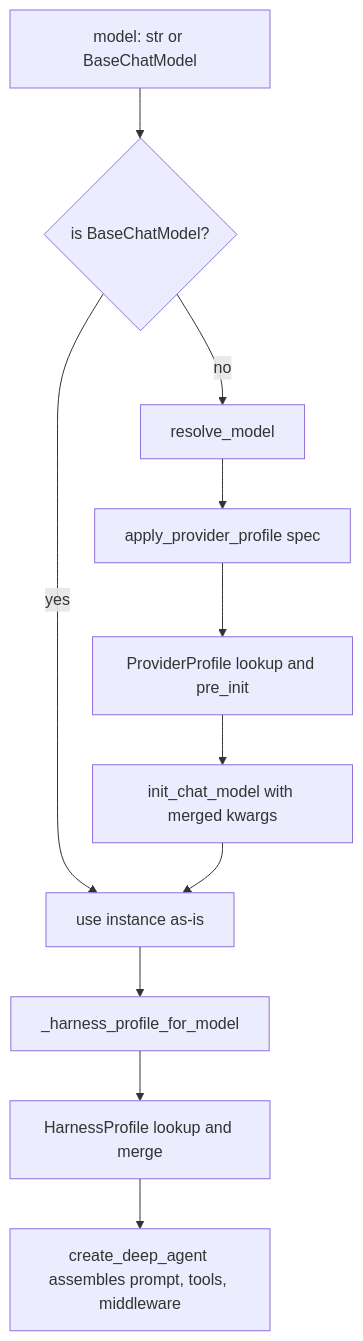
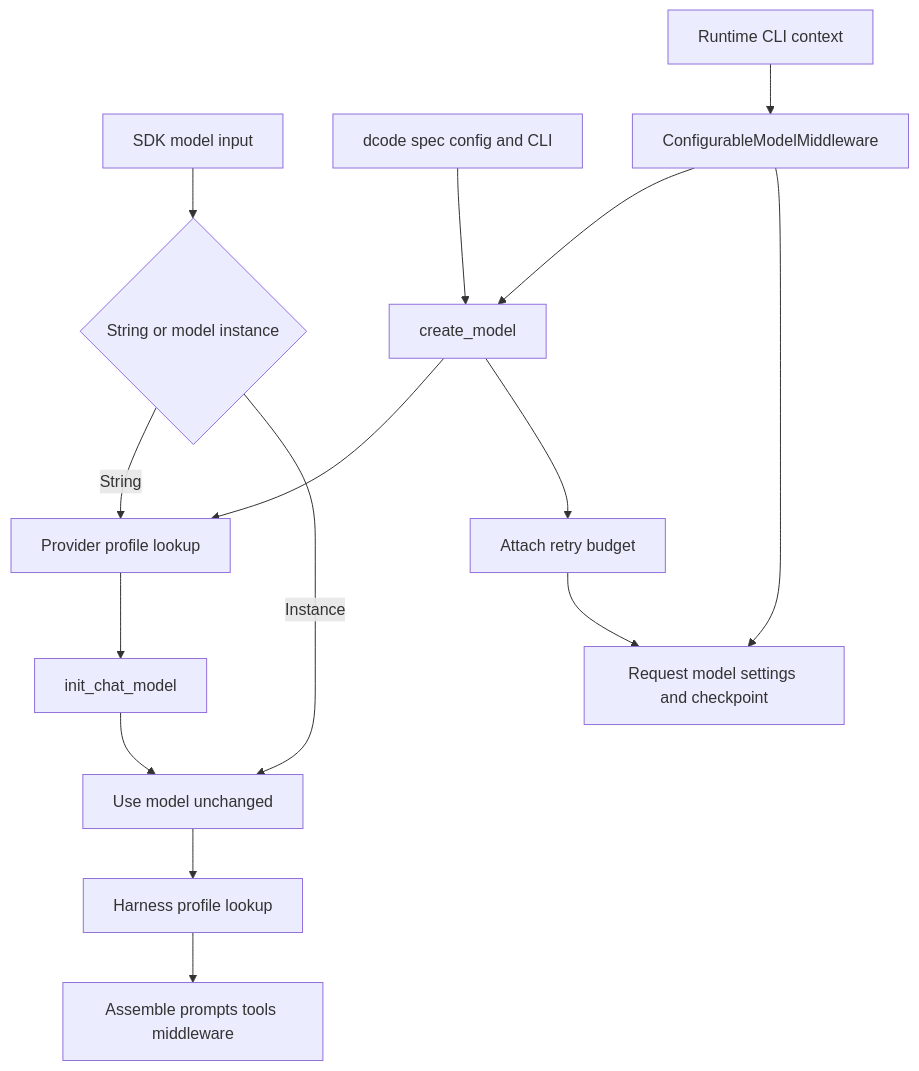
One commit to langchain-ai/deepagents changed the diagram in openwiki/concepts/profiles-models.md. Above: the diagram before and after it, drawn with Mermaid. The commit also changed other lines of this file and 136 other files, not shown here.

````diff
--- a/openwiki/concepts/profiles-models.md
+++ b/openwiki/concepts/profiles-models.md
@@ -66,13 +45,17 @@
 ```mermaid
 flowchart TD
-    A["model: str or BaseChatModel"] --> B{"is BaseChatModel?"}
-    B -->|yes| D["use instance as-is"]
-    B -->|no| C["resolve_model"]
-    C --> E["apply_provider_profile spec"]
-    E --> F["ProviderProfile lookup and pre_init"]
-    F --> G["init_chat_model with merged kwargs"]
-    G --> D
-    D --> H["_harness_profile_for_model"]
-    H --> I["HarnessProfile lookup and merge"]
-    I --> J["create_deep_agent assembles prompt, tools, middleware"]
+    Input["SDK model input"] --> Kind{"String or model instance"}
+    Kind -->|"String"| Provider["Provider profile lookup"]
+    Provider --> Construct["init_chat_model"]
+    Kind -->|"Instance"| Built["Use model unchanged"]
+    Construct --> Built
+    Built --> Harness["Harness profile lookup"]
+    Harness --> Agent["Assemble prompts tools middleware"]
+    Dcode["dcode spec config and CLI"] --> Create["create_model"]
+    Create --> Provider
+    Create --> Budget["Attach retry budget"]
+    Context["Runtime CLI context"] --> Switch["ConfigurableModelMiddleware"]
+    Switch --> Create
+    Switch --> Request["Request model settings and checkpoint"]
+    Budget --> Request
 ```
````
